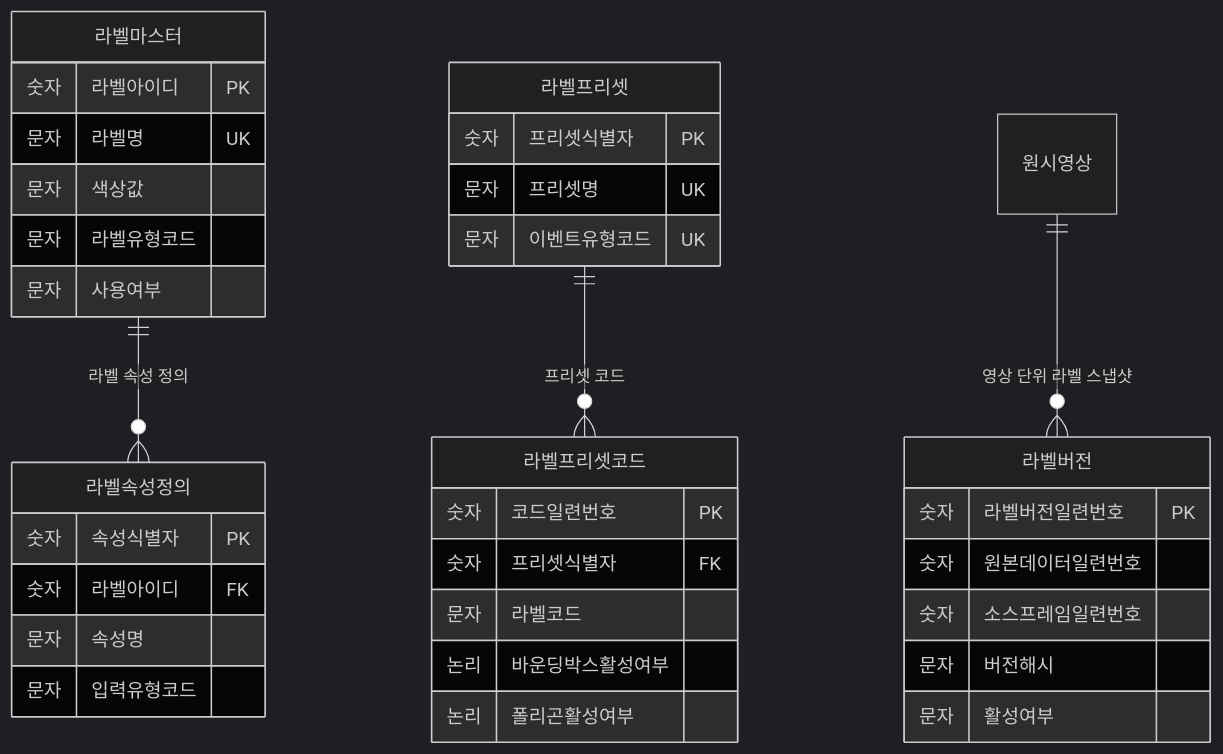
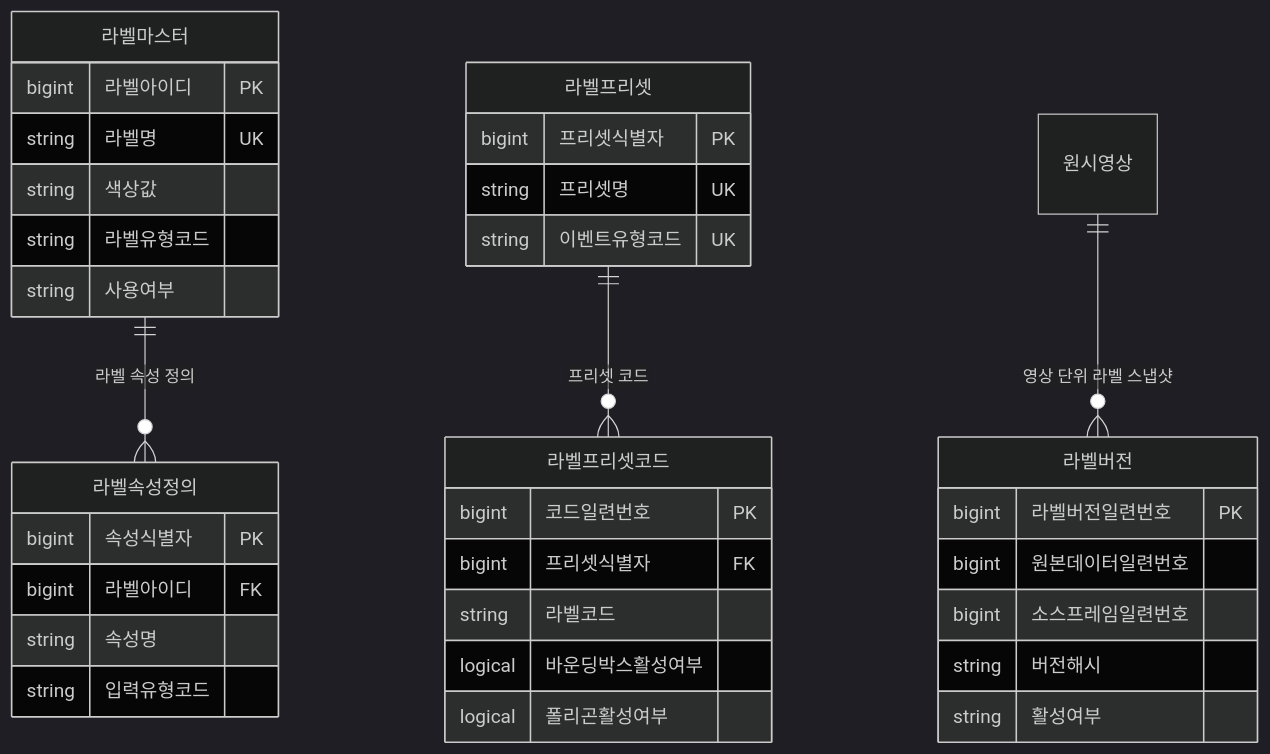
The third of 14 diagrams in docs/0705/D8-엔티티관계모형설계서.md (New-stella/klid-label), drawn with Mermaid (dark theme) before and after one commit. The commit also changed other lines of this file and 1 other file, not shown here.

First line of the commit message:
docs(D8): §2 속성명 한글화 + §1 ERD 타입 물리 원형 복원

````diff
--- a/docs/0705/D8-엔티티관계모형설계서.md
+++ b/docs/0705/D8-엔티티관계모형설계서.md
@@ -153,43 +153,43 @@
 ```mermaid
 erDiagram
     라벨마스터 ||--o{ 라벨속성정의 : "라벨 속성 정의"
     라벨프리셋 ||--o{ 라벨프리셋코드 : "프리셋 코드"
     원시영상 ||--o{ 라벨버전 : "영상 단위 라벨 스냅샷"
     라벨마스터 {
         %% class: LsLabel (KLID-AT-DC-072)
-        숫자 라벨아이디 PK
-        문자 라벨명 UK
-        문자 색상값
-        문자 라벨유형코드
-        문자 사용여부
+        bigint 라벨아이디 PK
+        string 라벨명 UK
+        string 색상값
+        string 라벨유형코드
+        string 사용여부
     }
     라벨속성정의 {
         %% class: - ※ (D1 미정의 · 라벨마스터 집합 내부 부속 엔티티)
-        숫자 속성식별자 PK
-        숫자 라벨아이디 FK
-        문자 속성명
-        문자 입력유형코드
+        bigint 속성식별자 PK
+        bigint 라벨아이디 FK
+        string 속성명
+        string 입력유형코드
     }
     라벨프리셋 {
         %% class: - ※ (D1 미정의 · 라벨마스터 집합 내부 부속 엔티티)
-        숫자 프리셋식별자 PK
-        문자 프리셋명 UK
-        문자 이벤트유형코드 UK
+        bigint 프리셋식별자 PK
+        string 프리셋명 UK
+        string 이벤트유형코드 UK
     }
     라벨프리셋코드 {
         %% class: - ※ (D1 미정의 · 라벨프리셋 집합 내부 부속 엔티티)
-        숫자 코드일련번호 PK
-        숫자 프리셋식별자 FK
-        문자 라벨코드
-        논리 바운딩박스활성여부
-        논리 폴리곤활성여부
+        bigint 코드일련번호 PK
+        bigint 프리셋식별자 FK
+        string 라벨코드
+        logical 바운딩박스활성여부
+        logical 폴리곤활성여부
     }
     라벨버전 {
         %% class: LsLabelVersion (KLID-AT-DC-092)
-        숫자 라벨버전일련번호 PK
-        숫자 원본데이터일련번호
-        숫자 소스프레임일련번호
-        문자 버전해시
-        문자 활성여부
+        bigint 라벨버전일련번호 PK
+        bigint 원본데이터일련번호
+        bigint 소스프레임일련번호
+        string 버전해시
+        string 활성여부
     }
 ```
````
